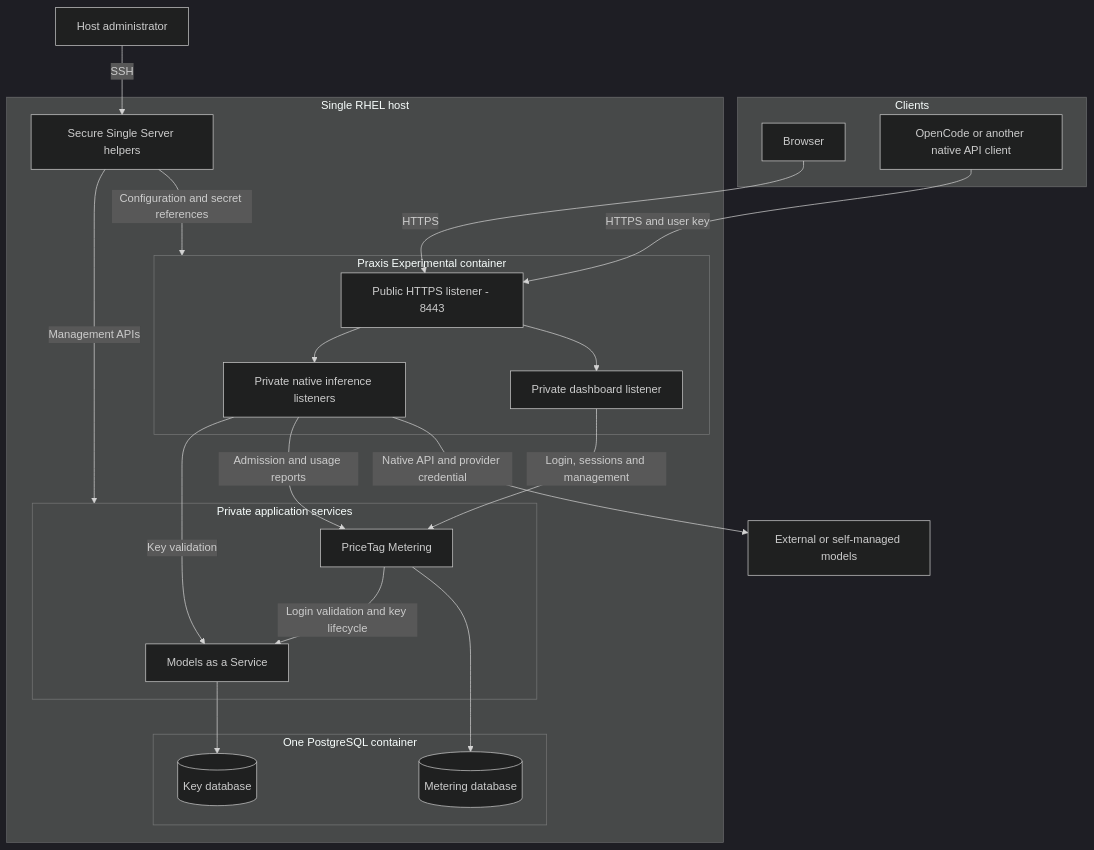
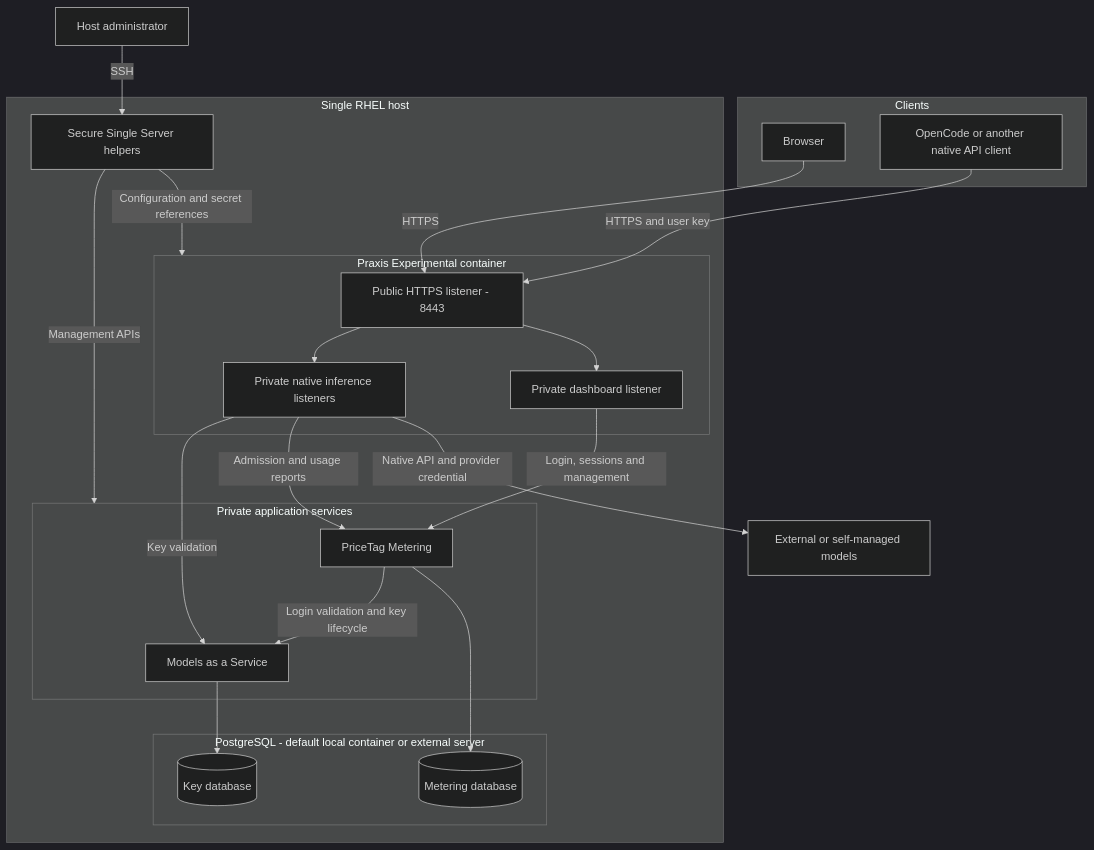
One commit to Ladas/enmaas-mini changed the first of 2 diagrams in docs/quickstarts/remote-gateway-pricetag/architecture.md. Above: the diagram before and after it, drawn with Mermaid (dark theme). The commit also changed other lines of this file and 12 other files, not shown here.

Commit message:
Support pre-provisioned external PostgreSQL databases

````diff
--- a/docs/quickstarts/remote-gateway-pricetag/architecture.md
+++ b/docs/quickstarts/remote-gateway-pricetag/architecture.md
@@ -16,38 +16,38 @@
 ```mermaid
 flowchart TB
   subgraph Clients[Clients]
     Browser[Browser]
     Harness[OpenCode or another native API client]
   end
   Operator[Host administrator]
   subgraph Host[Single RHEL host]
     subgraph Gateway[Praxis Experimental container]
       Edge[Public HTTPS listener - 8443]
       Inference[Private native inference listeners]
       Web[Private dashboard listener]
       Edge --> Inference
       Edge --> Web
     end
     subgraph Services[Private application services]
       Keys[Models as a Service]
       Metering[PriceTag Metering]
     end
-    subgraph Database[One PostgreSQL container]
+    subgraph Database[PostgreSQL - default local container or external server]
       KeyDB[(Key database)]
       MeterDB[(Metering database)]
     end
     Helpers[Secure Single Server helpers]
     Inference -->|Key validation| Keys
     Inference -->|Admission and usage reports| Metering
     Web -->|Login, sessions and management| Metering
     Metering -->|Login validation and key lifecycle| Keys
     Keys --> KeyDB
     Metering --> MeterDB
     Helpers -->|Management APIs| Services
     Helpers -->|Configuration and secret references| Gateway
   end
   Browser -->|HTTPS| Edge
   Harness -->|HTTPS and user key| Edge
   Operator -->|SSH| Helpers
   Inference -->|Native API and provider credential| Models[External or self-managed models]
 ```
````
